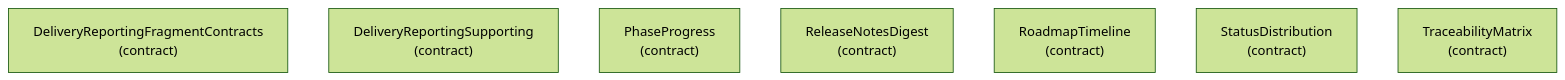
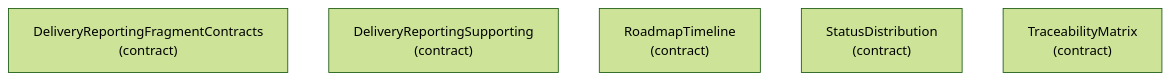
One commit to libar-dev/architect changed the fifth of 23 diagrams in docs-live/ARCHITECTURE.md. Above: the diagram before and after it, drawn with Mermaid (forest theme). The commit also changed other lines of this file and 240 other files, not shown here.

````diff
--- a/docs-live/ARCHITECTURE.md
+++ b/docs-live/ARCHITECTURE.md
@@ -133,10 +133,8 @@
 ```mermaid
 graph TD
   deliveryreportingfragmentcontracts["DeliveryReportingFragmentContracts<br/>(contract)"]
   deliveryreportingsupporting["DeliveryReportingSupporting<br/>(contract)"]
-  phaseprogress["PhaseProgress<br/>(contract)"]
-  releasenotesdigest["ReleaseNotesDigest<br/>(contract)"]
   roadmaptimeline["RoadmapTimeline<br/>(contract)"]
   statusdistribution["StatusDistribution<br/>(contract)"]
   traceabilitymatrix["TraceabilityMatrix<br/>(contract)"]
 ```
````
